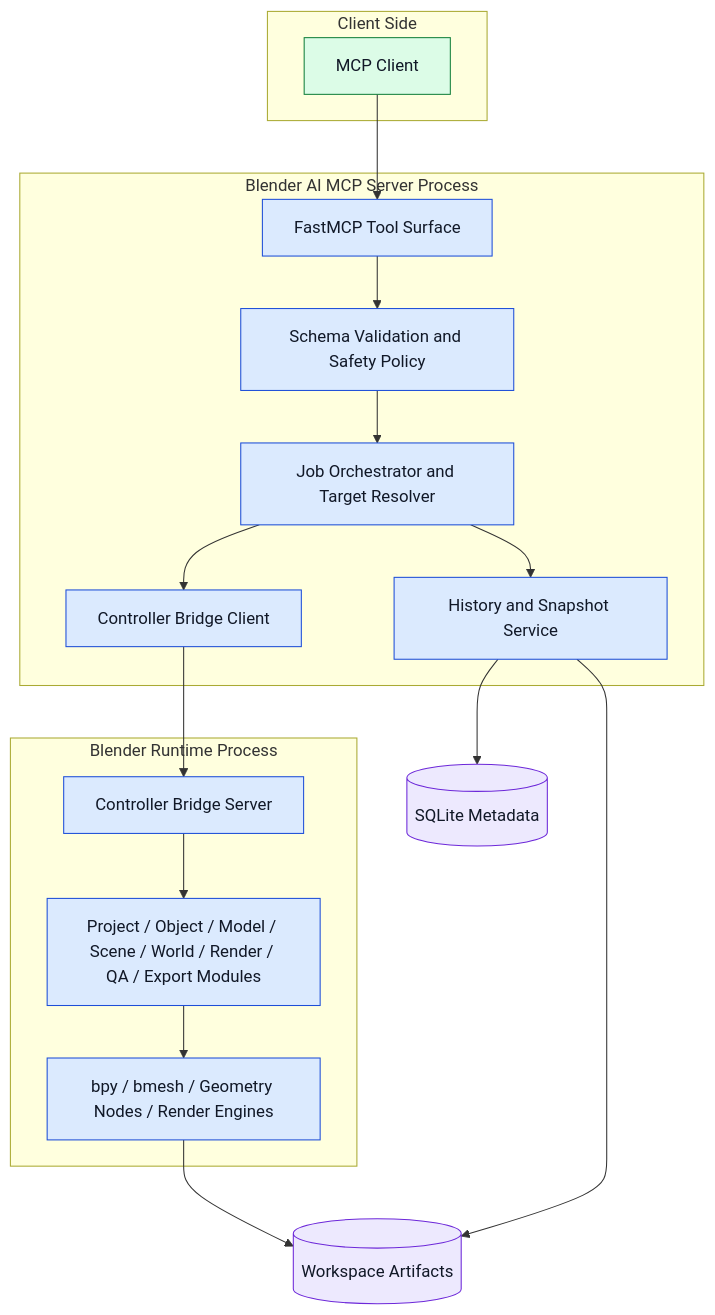
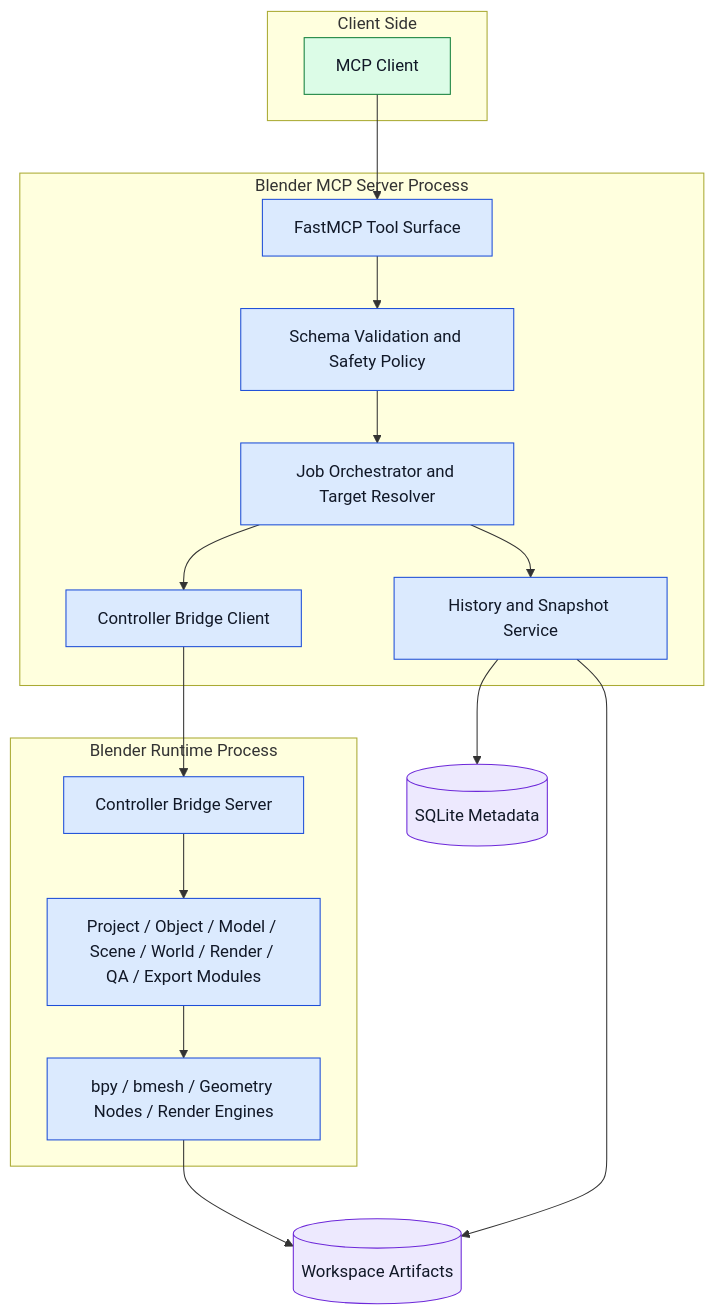
Before and after one commit to Aqua-218/Blender-MCP: the diagram in specs/02-architecture/container-diagram.md, drawn with Mermaid.

Commit message:
docs(architecture): rename server label in container diagram

````diff
--- a/specs/02-architecture/container-diagram.md
+++ b/specs/02-architecture/container-diagram.md
@@ -5,39 +5,39 @@
 ```mermaid
 flowchart TB
     classDef app fill:#dbeafe,stroke:#1d4ed8,color:#111827
     classDef infra fill:#dcfce7,stroke:#15803d,color:#111827
     classDef data fill:#ede9fe,stroke:#6d28d9,color:#111827
 
     subgraph ClientSide[Client Side]
         Client[MCP Client]:::infra
     end
 
-    subgraph ServerSide[Blender AI MCP Server Process]
+    subgraph ServerSide[Blender MCP Server Process]
         FastMCP[FastMCP Tool Surface]:::app
         Policy[Schema Validation and Safety Policy]:::app
         Orchestrator[Job Orchestrator and Target Resolver]:::app
         History[History and Snapshot Service]:::app
         BridgeClient[Controller Bridge Client]:::app
     end
 
     subgraph BlenderSide[Blender Runtime Process]
         BridgeServer[Controller Bridge Server]:::app
         DomainModules[Project / Object / Model / Scene / World / Render / QA / Export Modules]:::app
         Bpy[bpy / bmesh / Geometry Nodes / Render Engines]:::app
     end
 
     SQLite[(SQLite Metadata)]:::data
     Workspace[(Workspace Artifacts)]:::data
 
     Client --> FastMCP
     FastMCP --> Policy
     Policy --> Orchestrator
     Orchestrator --> History
     Orchestrator --> BridgeClient
     History --> SQLite
     BridgeClient --> BridgeServer
     BridgeServer --> DomainModules
     DomainModules --> Bpy
     Bpy --> Workspace
     History --> Workspace
 ```
````
